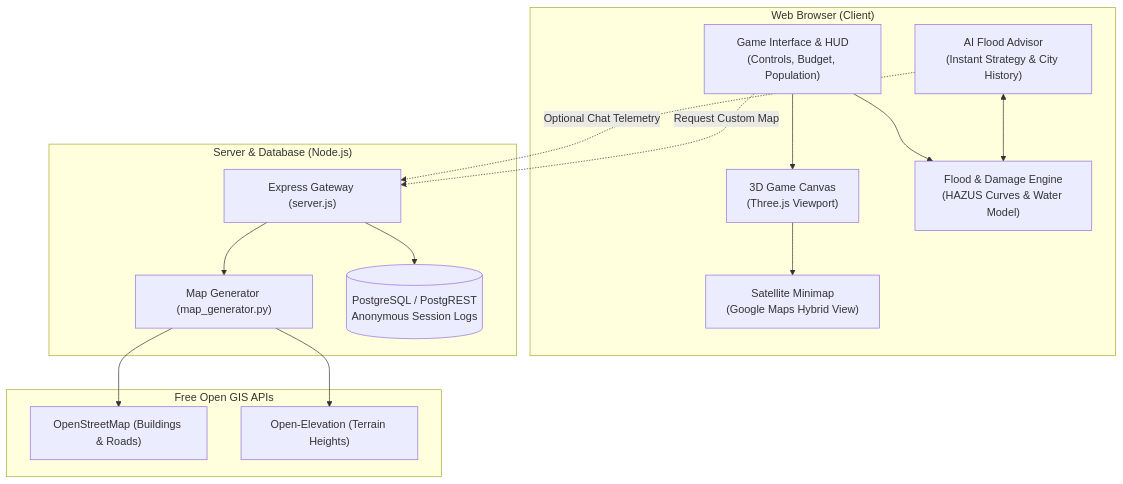
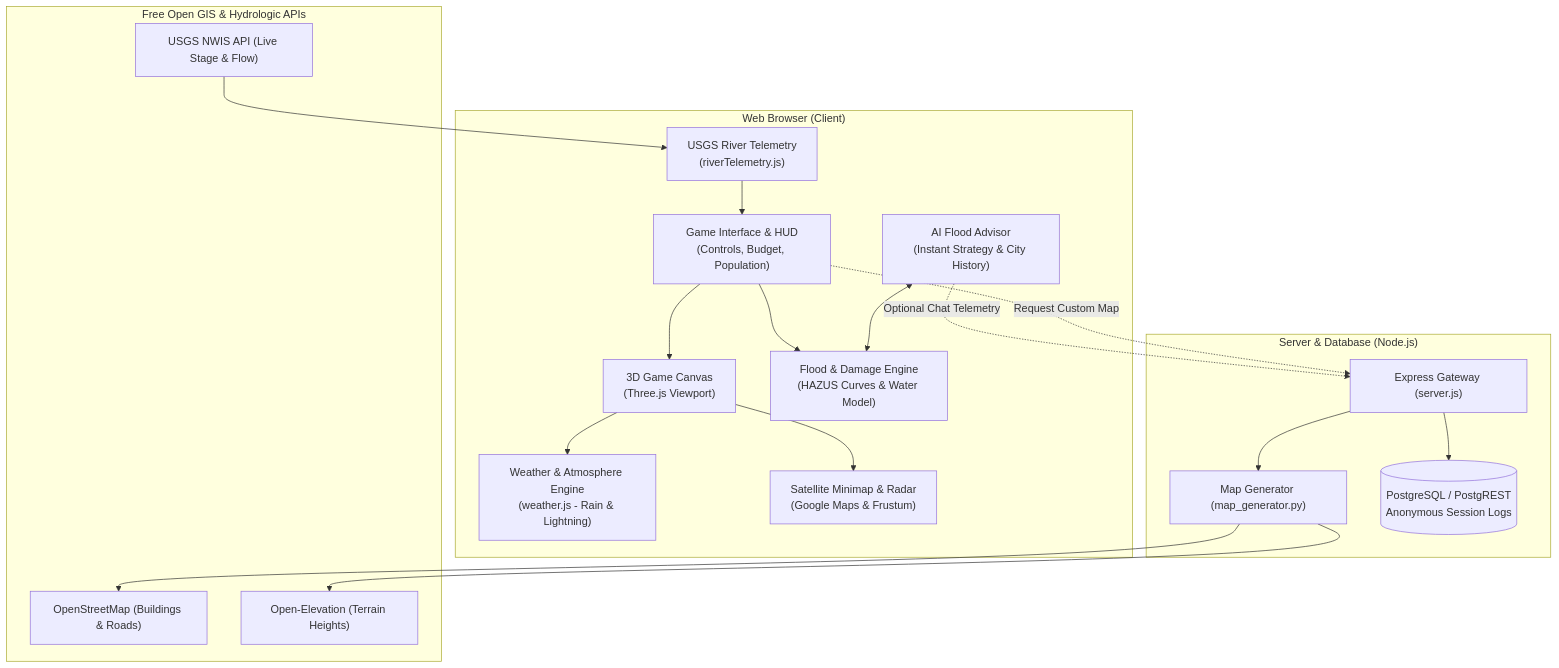
Before and after one commit to uihilab/FloodGame: the diagram in README.md, drawn with Mermaid. The commit also changed other lines of this file and 10 other files, not shown here.

````diff
--- a/README.md
+++ b/README.md
@@ -123,33 +130,39 @@
 ```mermaid
 flowchart TD
     subgraph Browser ["Web Browser (Client)"]
         UI["Game Interface & HUD\n(Controls, Budget, Population)"]
         ThreeJS["3D Game Canvas\n(Three.js Viewport)"]
-        MiniMap["Satellite Minimap\n(Google Maps Hybrid View)"]
+        Weather["Weather & Atmosphere Engine\n(weather.js - Rain & Lightning)"]
+        MiniMap["Satellite Minimap & Radar\n(Google Maps & Frustum)"]
         Sim["Flood & Damage Engine\n(HAZUS Curves & Water Model)"]
+        RiverMgr["USGS River Telemetry\n(riverTelemetry.js)"]
         AI["AI Flood Advisor\n(Instant Strategy & City History)"]
     end
 
     subgraph Backend ["Server & Database (Node.js)"]
         Server["Express Gateway (server.js)"]
         Python["Map Generator (map_generator.py)"]
         DB[(PostgreSQL / PostgREST\nAnonymous Session Logs)]
     end
 
-    subgraph External ["Free Open GIS APIs"]
+    subgraph External ["Free Open GIS & Hydrologic APIs"]
         OSM["OpenStreetMap (Buildings & Roads)"]
         DEM["Open-Elevation (Terrain Heights)"]
+        USGS["USGS NWIS API (Live Stage & Flow)"]
     end
 
     UI --> ThreeJS
     UI --> Sim
     ThreeJS --> MiniMap
+    ThreeJS --> Weather
+    RiverMgr --> UI
+    USGS --> RiverMgr
     AI <--> Sim
     AI -.->|Optional Chat Telemetry| Server
     Server --> DB
 
     UI -.->|Request Custom Map| Server
     Server --> Python
     Python --> OSM
     Python --> DEM
 ```
````
